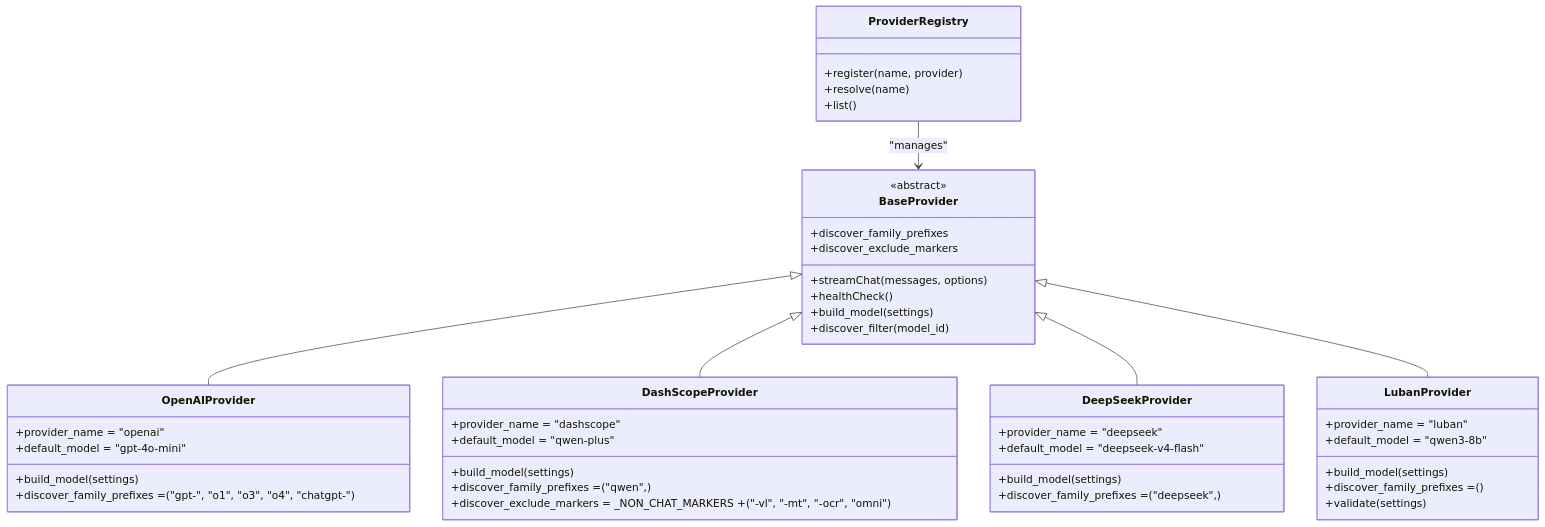
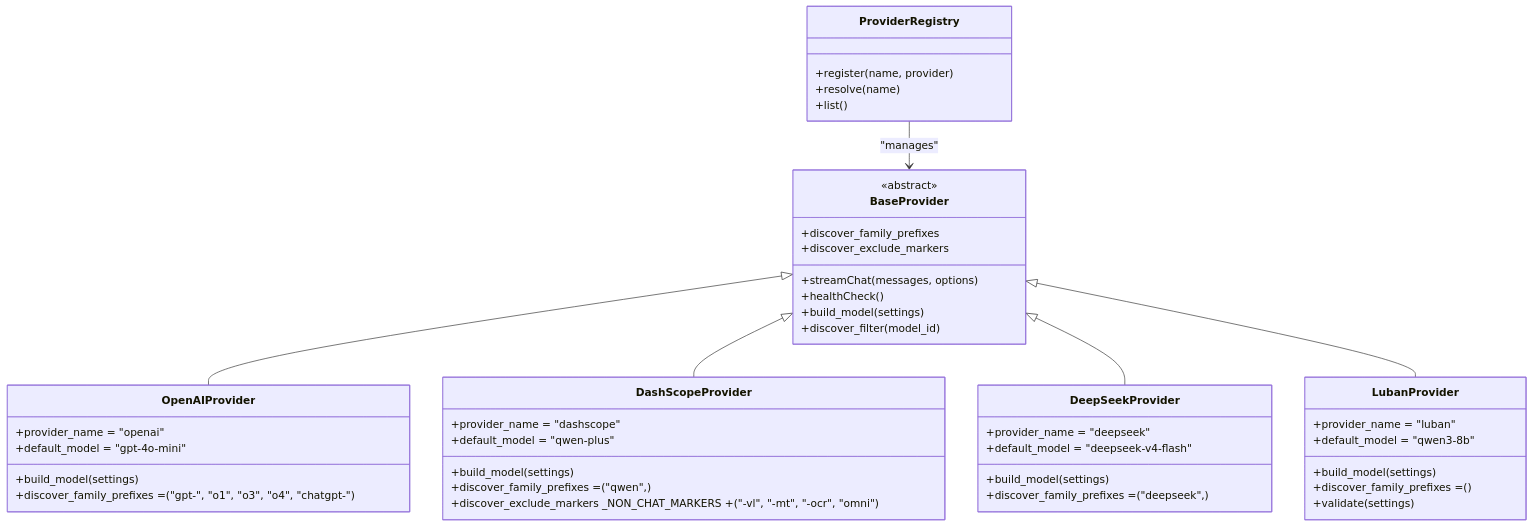
One commit to metasync/luban-aiops changed the seventh of 32 diagrams in .qoder/repowiki/en/content/Agent Platform Service/Agent Platform Service.md. Above: the diagram before and after it, drawn with Mermaid. The commit also changed other lines of this file and 6 other files, not shown here.

````diff
--- a/.qoder/repowiki/en/content/Agent Platform Service/Agent Platform Service.md
+++ b/.qoder/repowiki/en/content/Agent Platform Service/Agent Platform Service.md
@@ -472,48 +590,48 @@
 ```mermaid
 classDiagram
 class BaseProvider {
 <<abstract>>
 +streamChat(messages, options)
 +healthCheck()
 +build_model(settings)
 +discover_filter(model_id)
 +discover_family_prefixes
 +discover_exclude_markers
 }
 class OpenAIProvider {
 +build_model(settings)
 +provider_name = "openai"
 +default_model = "gpt-4o-mini"
 +discover_family_prefixes = ("gpt-", "o1", "o3", "o4", "chatgpt-")
 }
 class DashScopeProvider {
 +build_model(settings)
 +provider_name = "dashscope"
 +default_model = "qwen-plus"
 +discover_family_prefixes = ("qwen",)
-+discover_exclude_markers = _NON_CHAT_MARKERS + ("-vl", "-mt", "-ocr", "omni")
++discover_exclude_markers _NON_CHAT_MARKERS + ("-vl", "-mt", "-ocr", "omni")
 }
 class DeepSeekProvider {
 +build_model(settings)
 +provider_name = "deepseek"
 +default_model = "deepseek-v4-flash"
 +discover_family_prefixes = ("deepseek",)
 }
 class LubanProvider {
 +build_model(settings)
 +provider_name = "luban"
 +default_model = "qwen3-8b"
 +discover_family_prefixes = ()
 +validate(settings)
 }
 class ProviderRegistry {
 +register(name, provider)
 +resolve(name)
 +list()
 }
 BaseProvider <|-- OpenAIProvider
 BaseProvider <|-- DashScopeProvider
 BaseProvider <|-- DeepSeekProvider
 BaseProvider <|-- LubanProvider
 ProviderRegistry --> BaseProvider : "manages"
 ```
````
